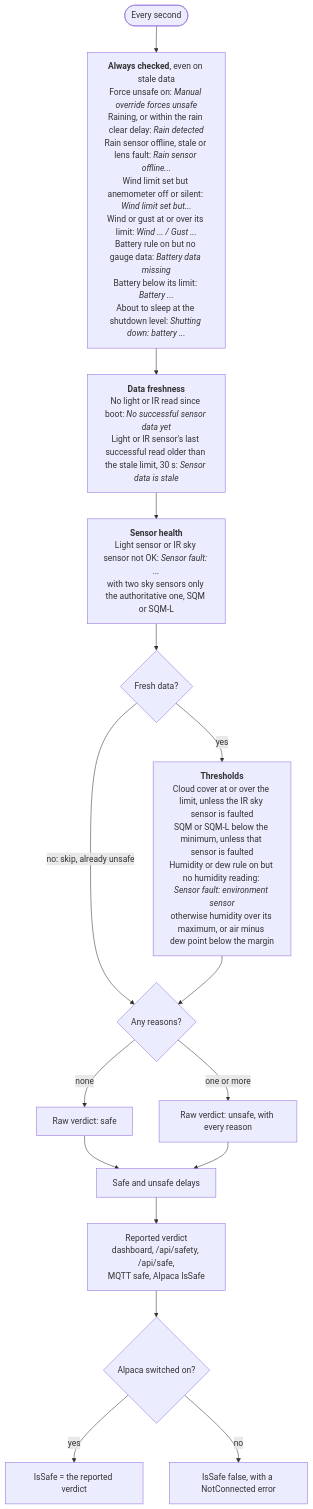
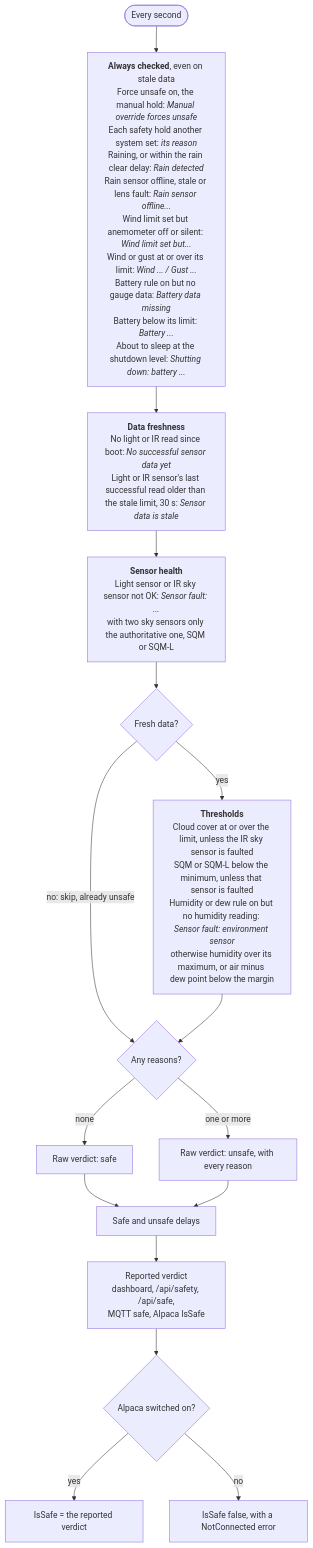
One commit to DeanJ87/SQMeter changed the second of 3 diagrams in docs/user-guide/alpaca.md. Above: the diagram before and after it, drawn with Mermaid. The commit also changed other lines of this file and 79 other files, not shown here.

First line of the commit message:
Safety holds: other systems hold the SafetyMonitor unsafe per event (spec 035) (#187)

````diff
--- a/docs/user-guide/alpaca.md
+++ b/docs/user-guide/alpaca.md
@@ -149,21 +149,21 @@
 ```mermaid
 flowchart TB
     accTitle: How the safety verdict is decided
-    accDescr: Every second all enabled rules are checked and each failing rule adds a reason. Rain, wind and battery are always checked, then data freshness and sensor health; the threshold rules only run on fresh data. Any reason makes the raw verdict unsafe, which then passes through the safe and unsafe delays.
+    accDescr: Every second all enabled rules are checked and each failing rule adds a reason. Force unsafe, safety holds, rain, wind and battery are always checked, then data freshness and sensor health; the threshold rules only run on fresh data. Any reason makes the raw verdict unsafe, which then passes through the safe and unsafe delays.
     START(["Every second"]) --> ALWAYS
-    ALWAYS["<b>Always checked</b>, even on stale data<br/>Force unsafe on: <i>Manual override forces unsafe</i><br/>Raining, or within the rain clear delay: <i>Rain detected</i><br/>Rain sensor offline, stale or lens fault: <i>Rain sensor offline...</i><br/>Wind limit set but anemometer off or silent: <i>Wind limit set but...</i><br/>Wind or gust at or over its limit: <i>Wind ... / Gust ...</i><br/>Battery rule on but no gauge data: <i>Battery data missing</i><br/>Battery below its limit: <i>Battery ...</i><br/>About to sleep at the shutdown level: <i>Shutting down: battery ...</i>"]
+    ALWAYS["<b>Always checked</b>, even on stale data<br/>Force unsafe on, the manual hold: <i>Manual override forces unsafe</i><br/>Each safety hold another system set: <i>its reason</i><br/>Raining, or within the rain clear delay: <i>Rain detected</i><br/>Rain sensor offline, stale or lens fault: <i>Rain sensor offline...</i><br/>Wind limit set but anemometer off or silent: <i>Wind limit set but...</i><br/>Wind or gust at or over its limit: <i>Wind ... / Gust ...</i><br/>Battery rule on but no gauge data: <i>Battery data missing</i><br/>Battery below its limit: <i>Battery ...</i><br/>About to sleep at the shutdown level: <i>Shutting down: battery ...</i>"]
     ALWAYS --> FRESHNESS["<b>Data freshness</b><br/>No light or IR read since boot: <i>No successful sensor data yet</i><br/>Light or IR sensor's last successful read older than the stale limit, 30 s: <i>Sensor data is stale</i>"]
     FRESHNESS --> HEALTH["<b>Sensor health</b><br/>Light sensor or IR sky sensor not OK: <i>Sensor fault: ...</i><br/>with two sky sensors only the authoritative one, SQM or SQM-L"]
     HEALTH --> FRESH{"Fresh data?"}
     FRESH -->|yes| THRESHOLDS["<b>Thresholds</b><br/>Cloud cover at or over the limit, unless the IR sky sensor is faulted<br/>SQM or SQM-L below the minimum, unless that sensor is faulted<br/>Humidity or dew rule on but no humidity reading: <i>Sensor fault: environment sensor</i><br/>otherwise humidity over its maximum, or air minus dew point below the margin"]
     FRESH -->|"no: skip, already unsafe"| ANY
     THRESHOLDS --> ANY{"Any reasons?"}
     ANY -->|none| RAWSAFE["Raw verdict: safe"]
     ANY -->|one or more| RAWUNSAFE["Raw verdict: unsafe, with every reason"]
     RAWSAFE --> DELAY["Safe and unsafe delays"]
     RAWUNSAFE --> DELAY
     DELAY --> REPORTED["Reported verdict<br/>dashboard, /api/safety, /api/safe,<br/>MQTT safe, Alpaca IsSafe"]
     REPORTED --> ALPACA{"Alpaca switched on?"}
     ALPACA -->|yes| ISSAFE["IsSafe = the reported verdict"]
     ALPACA -->|no| NOTCONNECTED["IsSafe false, with a NotConnected error"]
 ```
````
